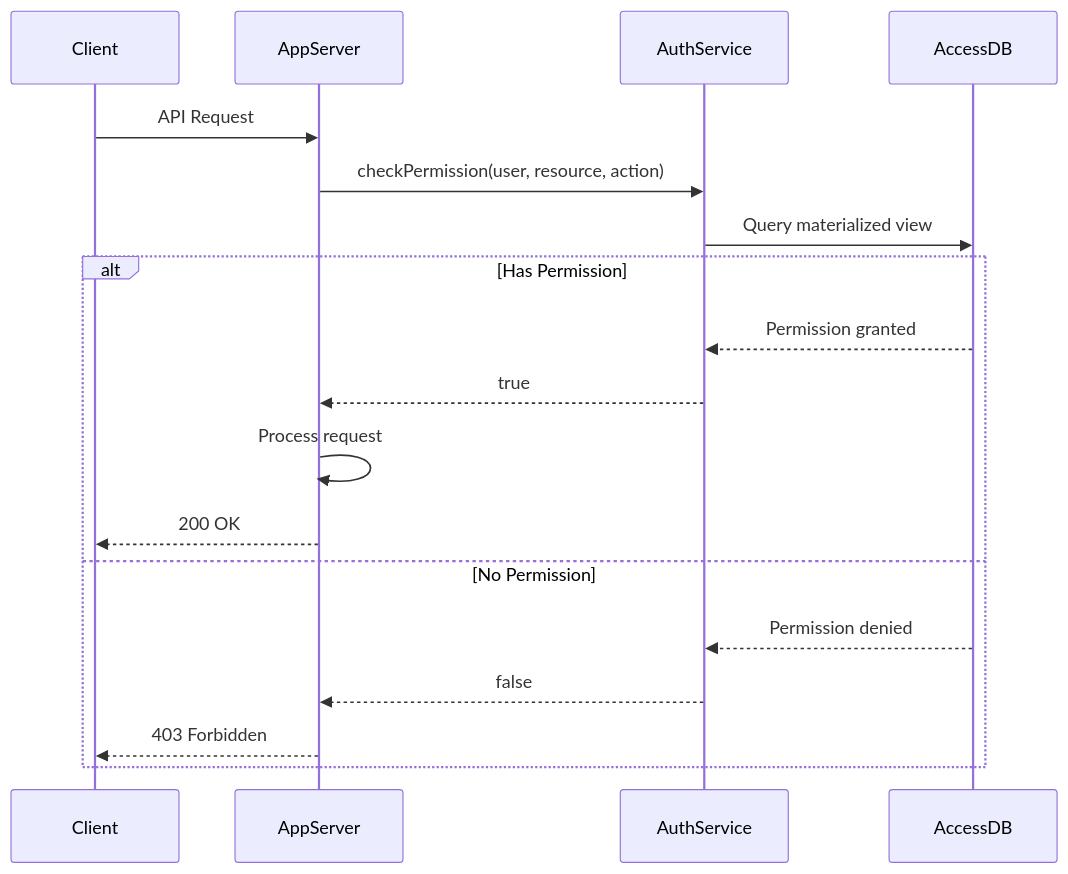
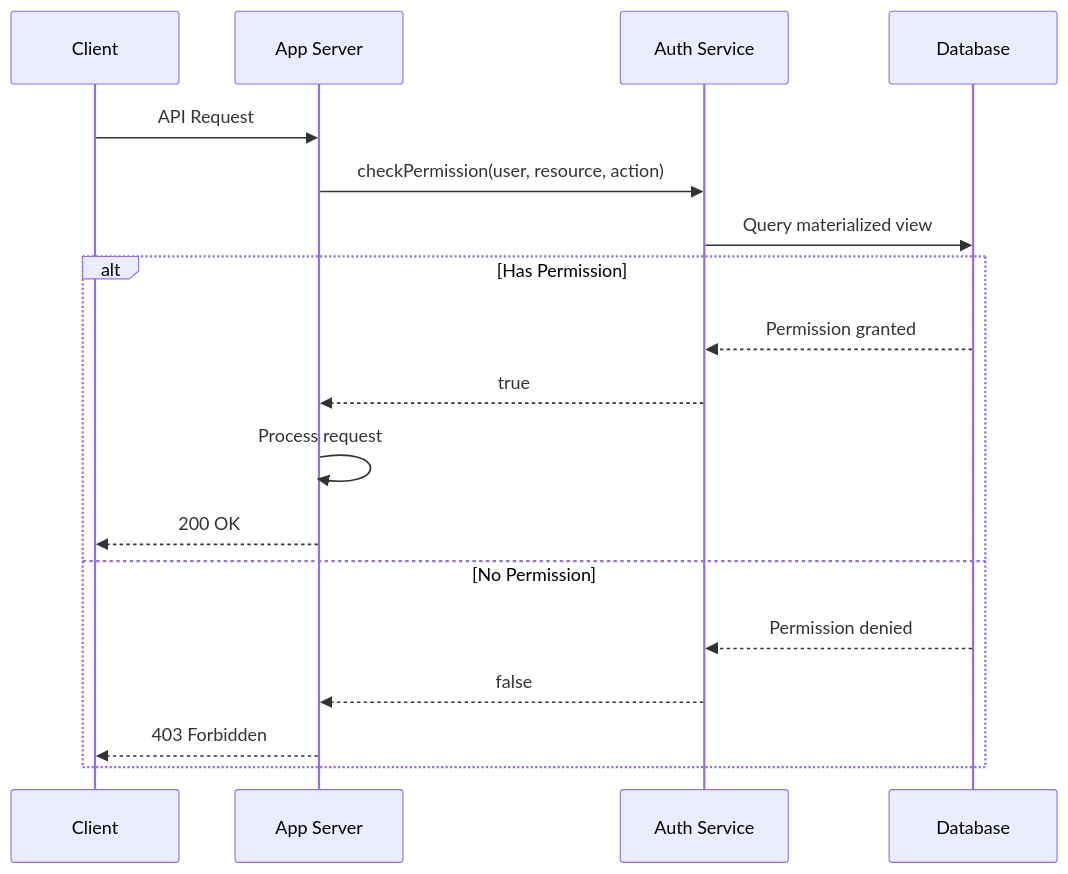
The second of 7 diagrams in PERMISSION_MANAGEMENT_SPECS.md (NOSiCode-CV/igrp-platform-access-management), drawn with Mermaid before and after one commit. The commit also changed other lines of this file, not shown here.

````diff
--- a/PERMISSION_MANAGEMENT_SPECS.md
+++ b/PERMISSION_MANAGEMENT_SPECS.md
@@ -34,21 +40,21 @@
 ```mermaid
 sequenceDiagram
     participant Client
-    participant AppServer
-    participant AuthService
-    participant AccessDB
+    participant App Server
+    participant Auth Service
+    participant Database
 
-    Client->>AppServer: API Request
-    AppServer->>AuthService: checkPermission(user, resource, action)
-    AuthService->>AccessDB: Query materialized view
+    Client->>App Server: API Request
+    App Server->>Auth Service: checkPermission(user, resource, action)
+    Auth Service->>Database: Query materialized view
     alt Has Permission
-        AccessDB-->>AuthService: Permission granted
-        AuthService-->>AppServer: true
-        AppServer->>AppServer: Process request
-        AppServer-->>Client: 200 OK
+        Database-->>Auth Service: Permission granted
+        Auth Service-->>App Server: true
+        App Server->>App Server: Process request
+        App Server-->>Client: 200 OK
     else No Permission
-        AccessDB-->>AuthService: Permission denied
-        AuthService-->>AppServer: false
-        AppServer-->>Client: 403 Forbidden
+        Database-->>Auth Service: Permission denied
+        Auth Service-->>App Server: false
+        App Server-->>Client: 403 Forbidden
     end
 ```
````
